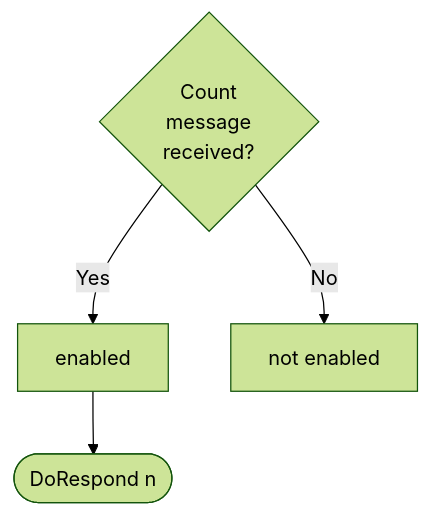
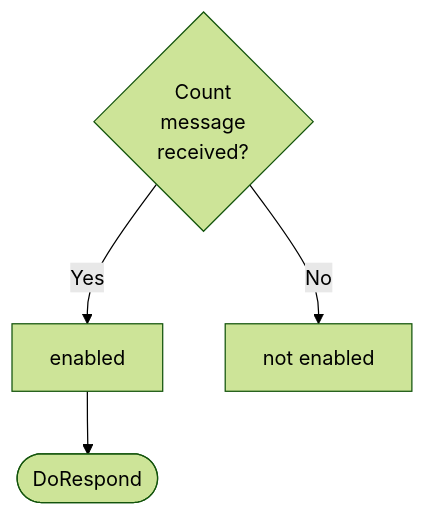
One commit to anoma/nspec changed the second of 2 diagrams in docs/node_architecture/engines/ticker_dynamics.juvix.md. Above: the diagram before and after it, drawn with Mermaid (forest theme). The commit also changed other lines of this file, not shown here.

````diff
--- a/docs/node_architecture/engines/ticker_dynamics.juvix.md
+++ b/docs/node_architecture/engines/ticker_dynamics.juvix.md
@@ -175,7 +230,7 @@
 ```mermaid
 flowchart TD
 C{Count<br>message<br>received?}
 C -->|Yes| D[enabled]
 C -->|No| E[not enabled]
-D --> F([DoRespond n])
+D --> F([DoRespond])
 ```
````
